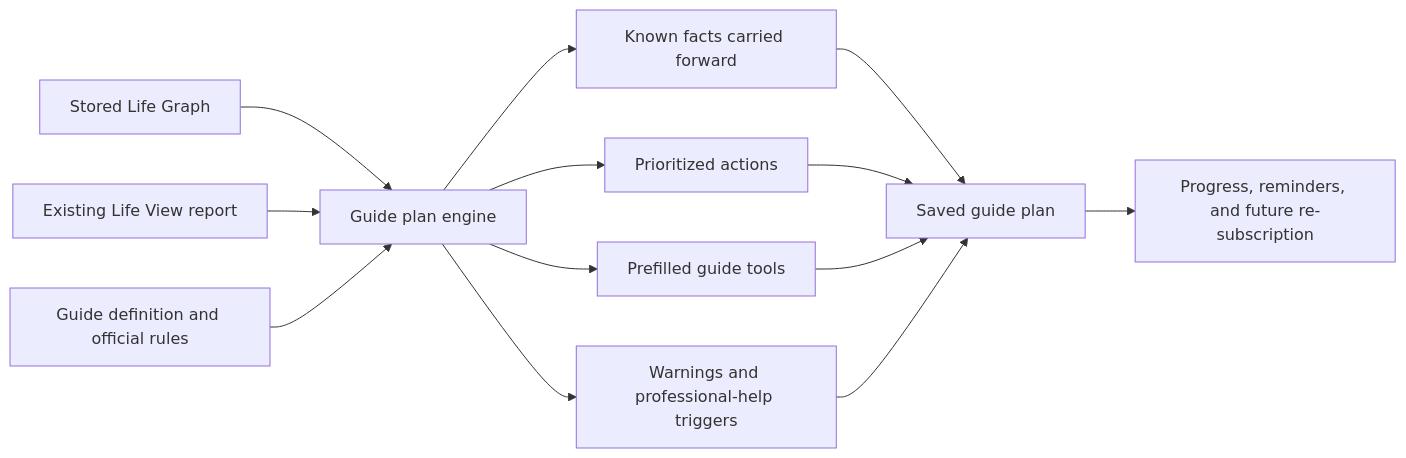
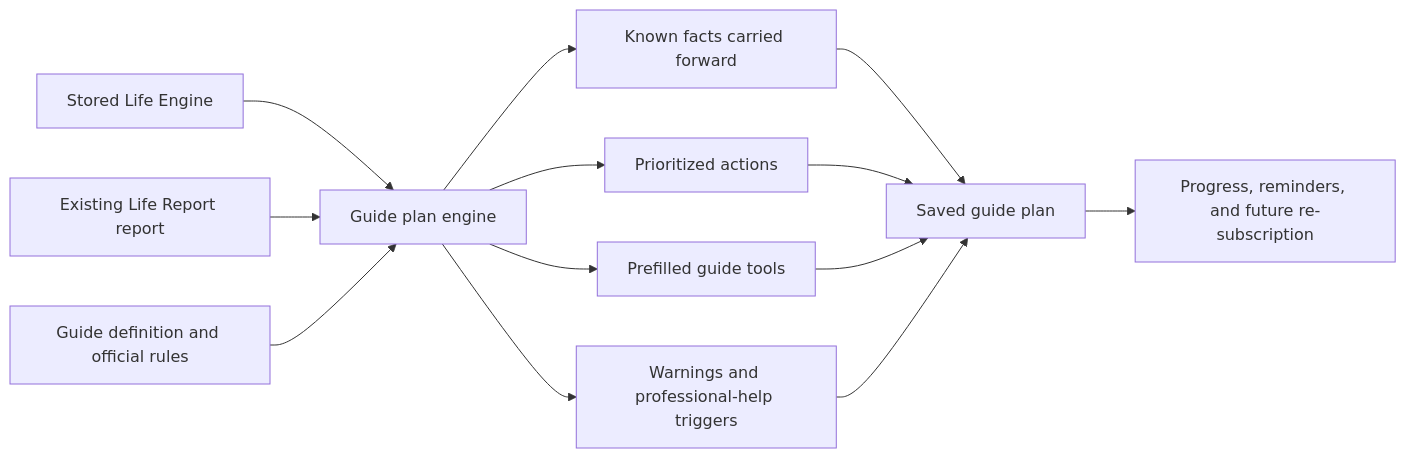
One commit to krovosapp/docs changed the diagram in product/guide-personalization-without-api.md. Above: the diagram before and after it, drawn with Mermaid. The commit also changed other lines of this file and 37 other files, not shown here.

Commit message:
Use current product names (Life Report, Life Dashboard, Life Engine) in living docs; dated audits keep the names they were written with

````diff
--- a/product/guide-personalization-without-api.md
+++ b/product/guide-personalization-without-api.md
@@ -65,15 +65,15 @@
 ```mermaid
 flowchart LR
-    A["Stored Life Graph"] --> D["Guide plan engine"]
-    B["Existing Life View report"] --> D
+    A["Stored Life Engine"] --> D["Guide plan engine"]
+    B["Existing Life Report report"] --> D
     C["Guide definition and official rules"] --> D
     D --> E["Known facts carried forward"]
     D --> F["Prioritized actions"]
     D --> G["Prefilled guide tools"]
     D --> H["Warnings and professional-help triggers"]
     E --> I["Saved guide plan"]
     F --> I
     G --> I
     H --> I
     I --> J["Progress, reminders, and future re-subscription"]
 ```
````
